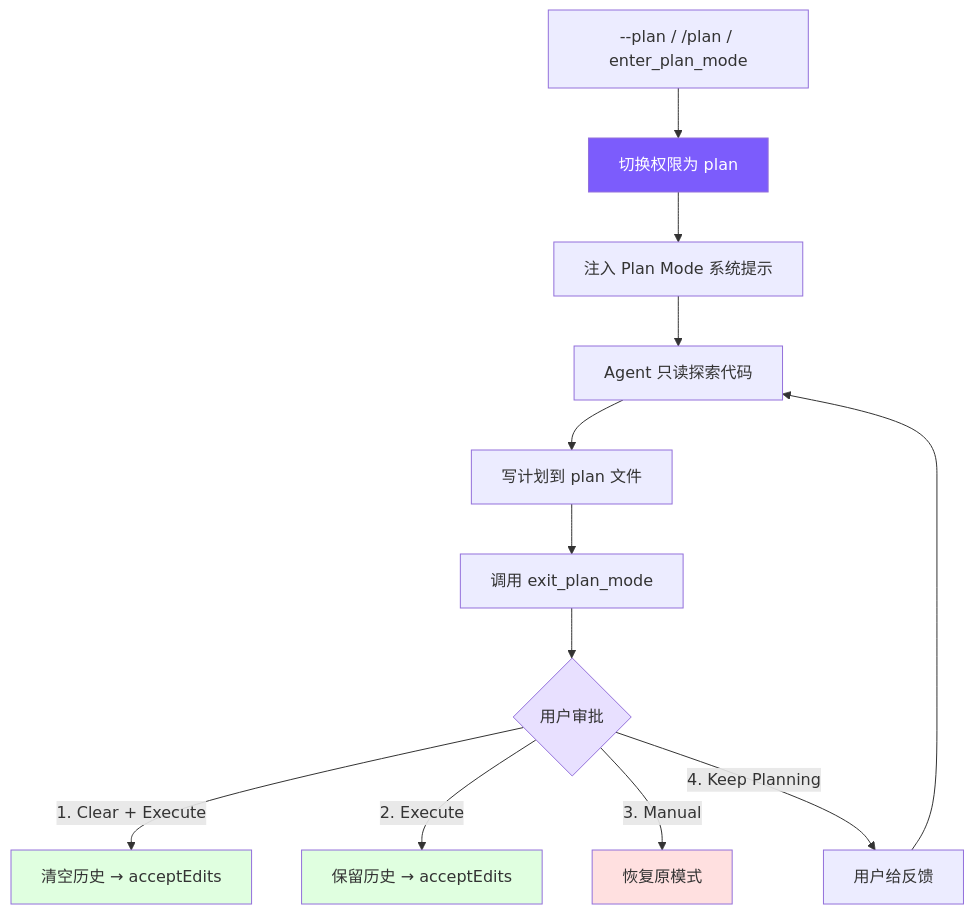
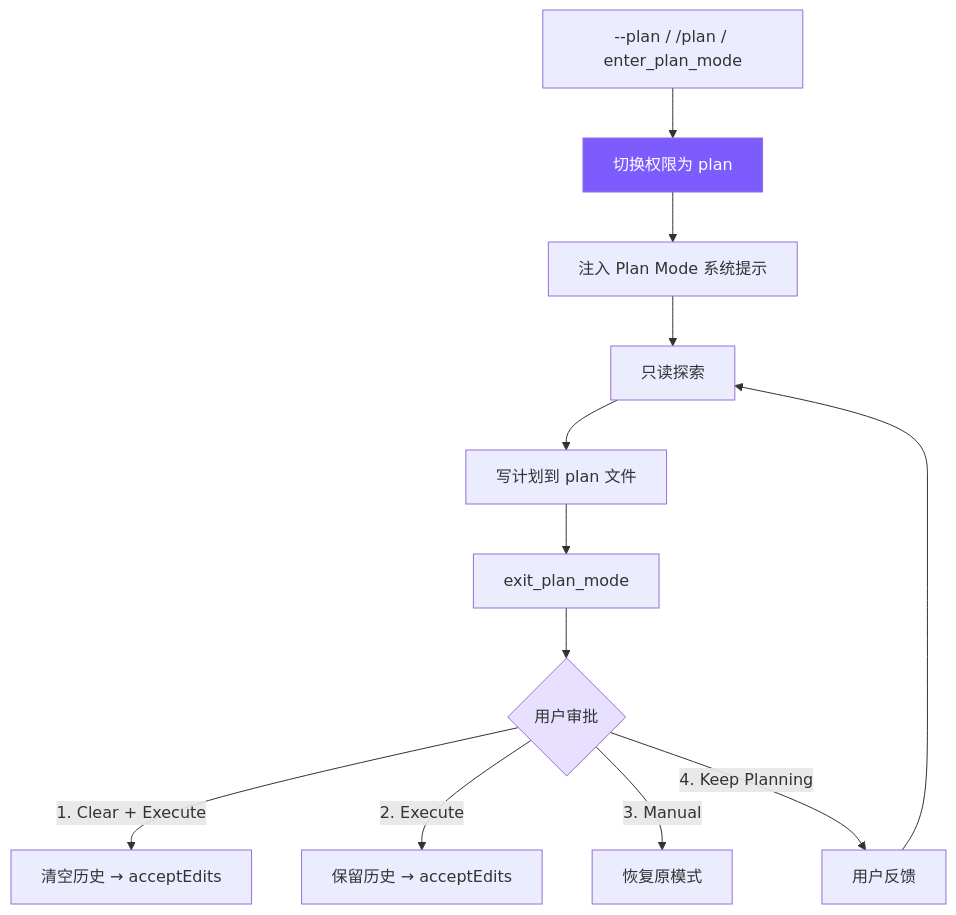
One commit to joinmouse/claude-code-mini changed the diagram in docs/10-plan-mode.md. Above: the diagram before and after it, drawn with Mermaid. The commit also changed other lines of this file and 30 other files, not shown here.

````diff
--- a/docs/10-plan-mode.md
+++ b/docs/10-plan-mode.md
@@ -7,20 +5,17 @@
 ```mermaid
 graph TB
     Entry["--plan / /plan / enter_plan_mode"] --> Switch["切换权限为 plan"]
     Switch --> Inject["注入 Plan Mode 系统提示"]
-    Inject --> ReadOnly["Agent 只读探索代码"]
+    Inject --> ReadOnly["只读探索"]
     ReadOnly --> WritePlan["写计划到 plan 文件"]
-    WritePlan --> Exit["调用 exit_plan_mode"]
+    WritePlan --> Exit["exit_plan_mode"]
     Exit --> Approval{"用户审批"}
     Approval -->|"1. Clear + Execute"| ClearExec["清空历史 → acceptEdits"]
     Approval -->|"2. Execute"| Exec["保留历史 → acceptEdits"]
     Approval -->|"3. Manual"| Manual["恢复原模式"]
-    Approval -->|"4. Keep Planning"| Feedback["用户给反馈"]
+    Approval -->|"4. Keep Planning"| Feedback["用户反馈"]
     Feedback --> ReadOnly
 
     style Switch fill:#7c5cfc,color:#fff
     style Approval fill:#e8e0ff
-    style ClearExec fill:#e0ffe0
-    style Exec fill:#e0ffe0
-    style Manual fill:#ffe0e0
 ```
````
